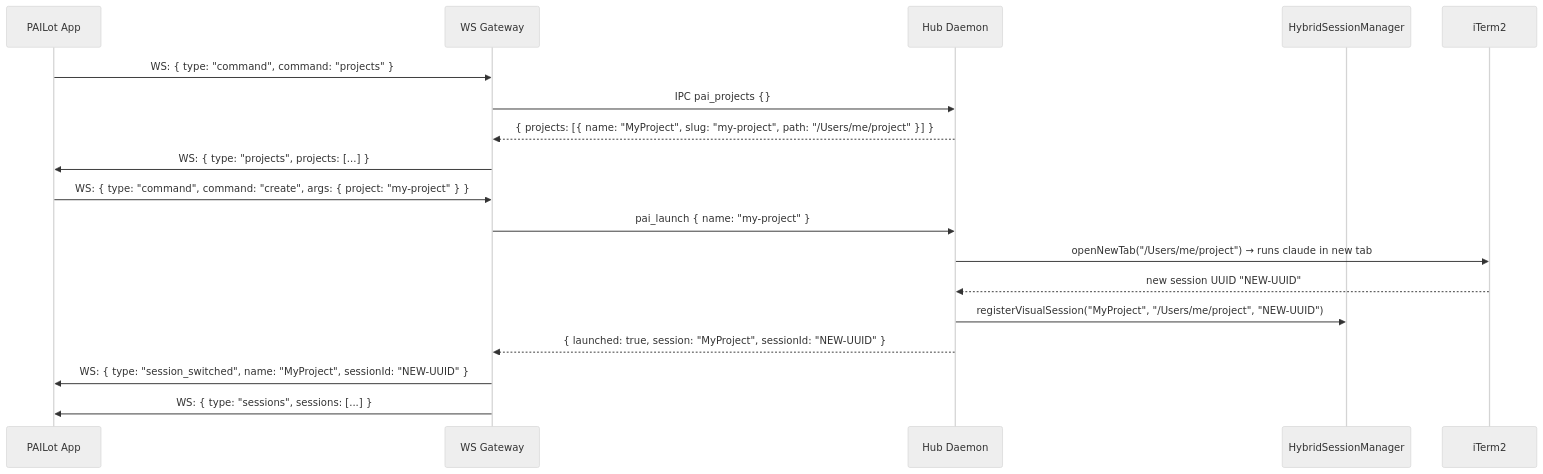
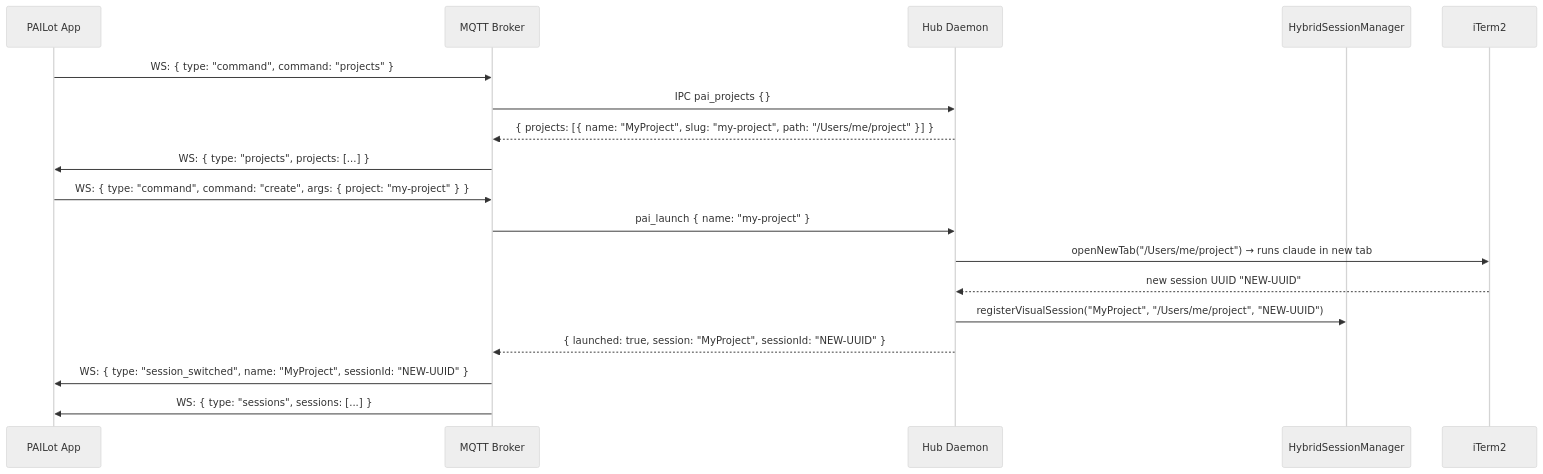
One commit to mnott/AIBroker changed the seventh of 14 diagrams in docs/use-cases.md. Above: the diagram before and after it, drawn with Mermaid (neutral theme). The commit also changed other lines of this file and 23 other files, not shown here.

````diff
--- a/docs/use-cases.md
+++ b/docs/use-cases.md
@@ -221,22 +221,22 @@
 ```mermaid
 sequenceDiagram
     participant App as PAILot App
-    participant GW as WS Gateway
+    participant GW as MQTT Broker
     participant Hub as Hub Daemon
     participant HybMgr as HybridSessionManager
     participant iTerm as iTerm2
 
     App->>GW: WS: { type: "command", command: "projects" }
     GW->>Hub: IPC pai_projects {}
     Hub-->>GW: { projects: [{ name: "MyProject", slug: "my-project", path: "/Users/me/project" }] }
     GW->>App: WS: { type: "projects", projects: [...] }
 
     App->>GW: WS: { type: "command", command: "create", args: { project: "my-project" } }
     GW->>Hub: pai_launch { name: "my-project" }
     Hub->>iTerm: openNewTab("/Users/me/project") → runs claude in new tab
     iTerm-->>Hub: new session UUID "NEW-UUID"
     Hub->>HybMgr: registerVisualSession("MyProject", "/Users/me/project", "NEW-UUID")
     Hub-->>GW: { launched: true, session: "MyProject", sessionId: "NEW-UUID" }
     GW->>App: WS: { type: "session_switched", name: "MyProject", sessionId: "NEW-UUID" }
     GW->>App: WS: { type: "sessions", sessions: [...] }
 ```
````
